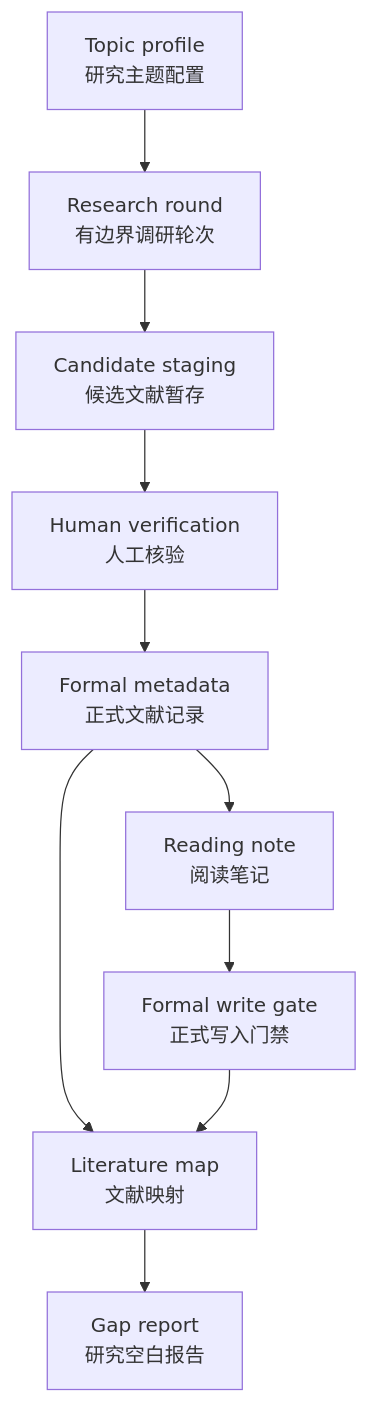
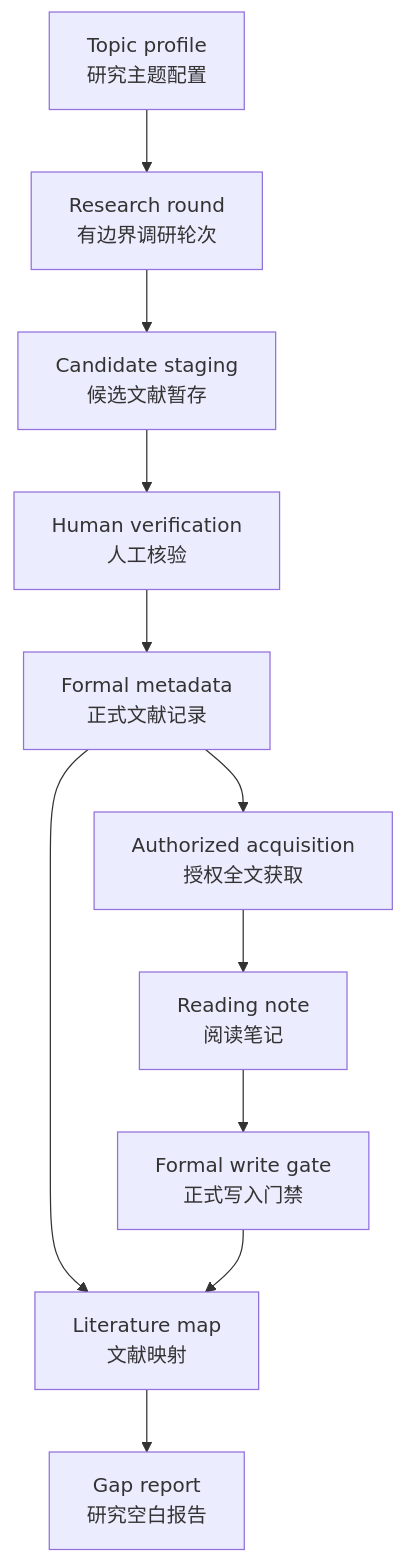
Before and after one commit to sakur0zxy/RSA: the diagram in README.md, drawn with Mermaid. The commit also changed other lines of this file and 13 other files, not shown here.

Commit message:
feat(07): implement authorized acquisition workflow

````diff
--- a/README.md
+++ b/README.md
@@ -43,12 +44,13 @@
 ```mermaid
 flowchart TD
   A["Topic profile<br/>研究主题配置"] --> B["Research round<br/>有边界调研轮次"]
   B --> C["Candidate staging<br/>候选文献暂存"]
   C --> D["Human verification<br/>人工核验"]
   D --> E["Formal metadata<br/>正式文献记录"]
-  E --> F["Reading note<br/>阅读笔记"]
-  E --> G["Literature map<br/>文献映射"]
-  F --> H["Formal write gate<br/>正式写入门禁"]
-  G --> I["Gap report<br/>研究空白报告"]
-  H --> G
+  E --> F["Authorized acquisition<br/>授权全文获取"]
+  F --> G["Reading note<br/>阅读笔记"]
+  E --> H["Literature map<br/>文献映射"]
+  G --> I["Formal write gate<br/>正式写入门禁"]
+  H --> J["Gap report<br/>研究空白报告"]
+  I --> H
 ```
````
